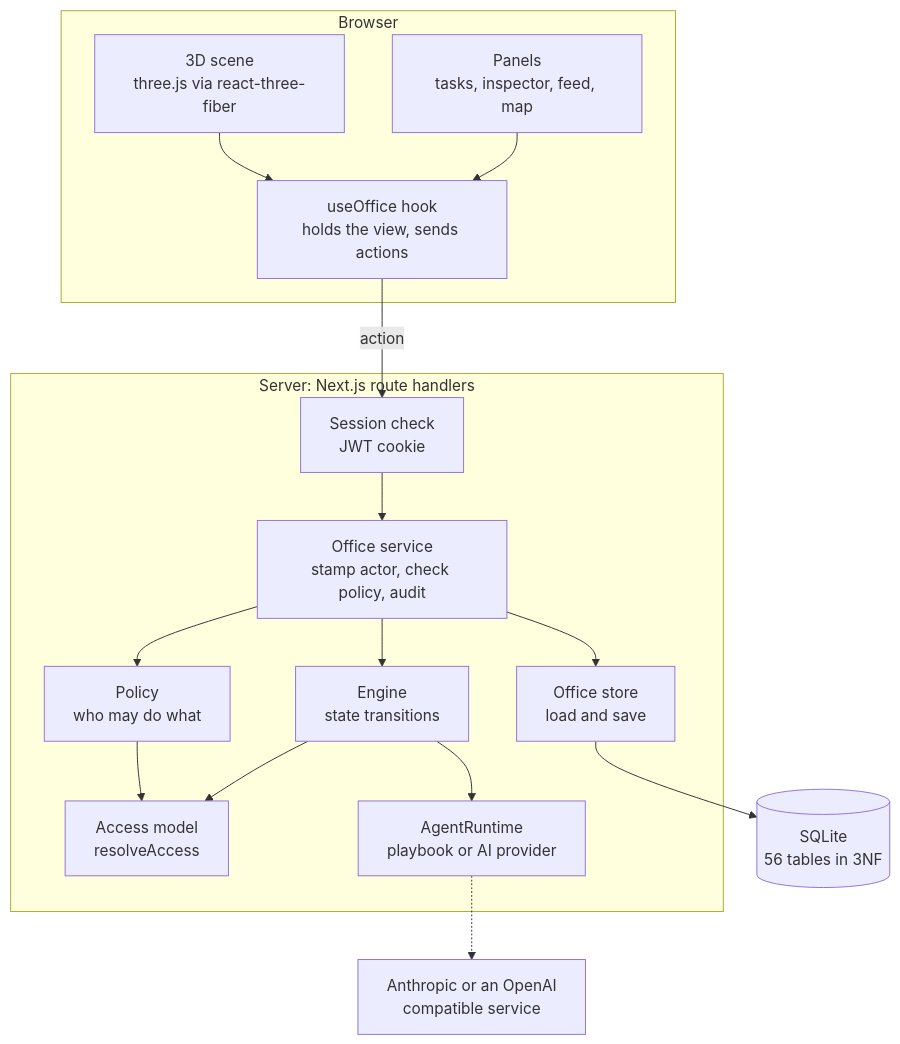
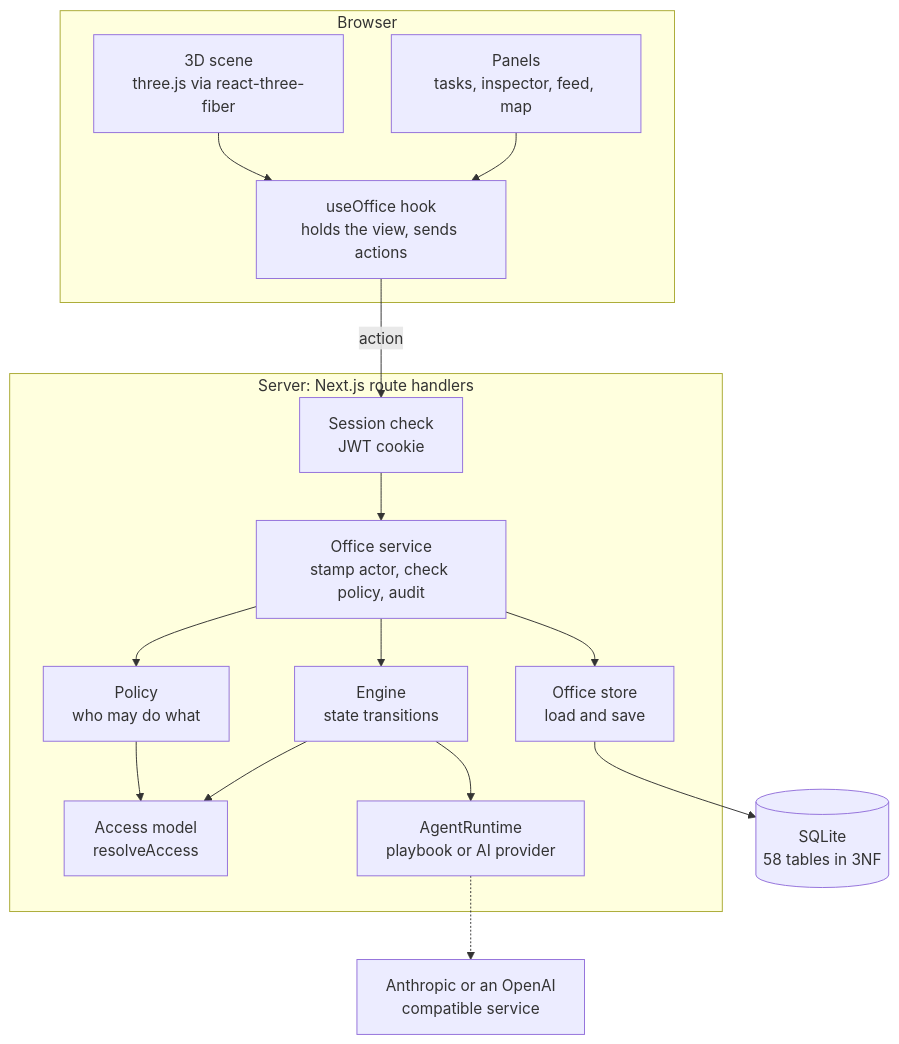
One commit to seyitgkc/ai-virtual-office changed the first of 14 diagrams in README.md. Above: the diagram before and after it, drawn with Mermaid. The commit also changed other lines of this file, not shown here.

````diff
--- a/README.md
+++ b/README.md
@@ -440,34 +446,34 @@
 ```mermaid
 flowchart TB
   subgraph Browser
     scene["3D scene<br/>three.js via react-three-fiber"]
     panels["Panels<br/>tasks, inspector, feed, map"]
     hook["useOffice hook<br/>holds the view, sends actions"]
     scene --> hook
     panels --> hook
   end
 
   subgraph Server["Server: Next.js route handlers"]
     http["Session check<br/>JWT cookie"]
     service["Office service<br/>stamp actor, check policy, audit"]
     policy["Policy<br/>who may do what"]
     engine["Engine<br/>state transitions"]
     access["Access model<br/>resolveAccess"]
     runtime["AgentRuntime<br/>playbook or AI provider"]
     store["Office store<br/>load and save"]
   end
 
-  db[("SQLite<br/>56 tables in 3NF")]
+  db[("SQLite<br/>58 tables in 3NF")]
   llm["Anthropic or an OpenAI<br/>compatible service"]
 
   hook -->|"action"| http
   http --> service
   service --> policy
   service --> engine
   policy --> access
   engine --> access
   engine --> runtime
   runtime -.-> llm
   service --> store
   store --> db
 ```
````
